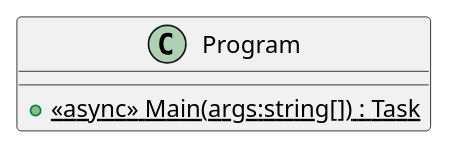
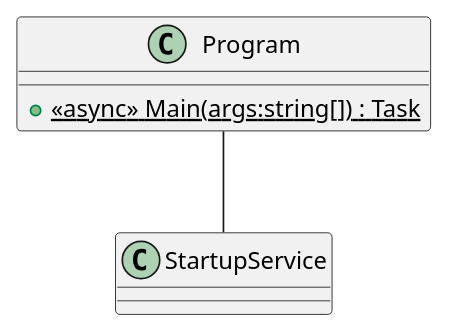
One commit to kollibroman/ColonySimulator changed the diagram in UmlSchemas/ProjectSchema/Program.puml. Above: the diagram before and after it, drawn with PlantUML. The commit also changed 91 other files, not shown here.

```diff
--- a/UmlSchemas/ProjectSchema/Program.puml
+++ b/UmlSchemas/ProjectSchema/Program.puml
@@ -1,5 +1,6 @@
 @startuml
 class Program {
     + {static} <<async>> Main(args:string[]) : Task
 }
+Program -- StartupService
 @enduml
```
